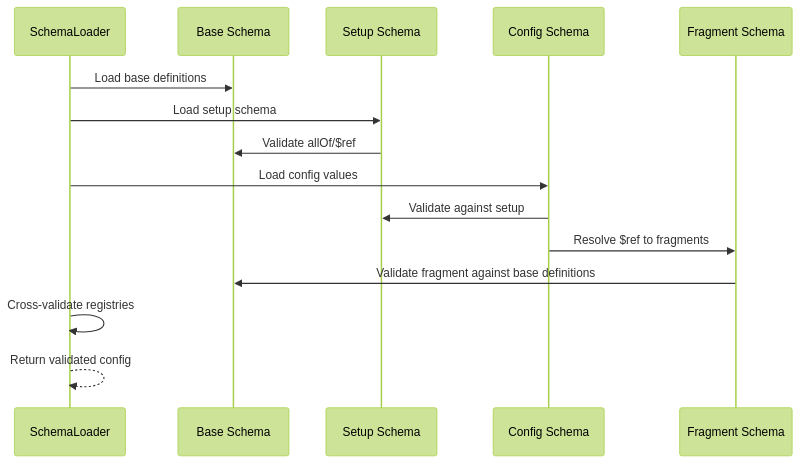
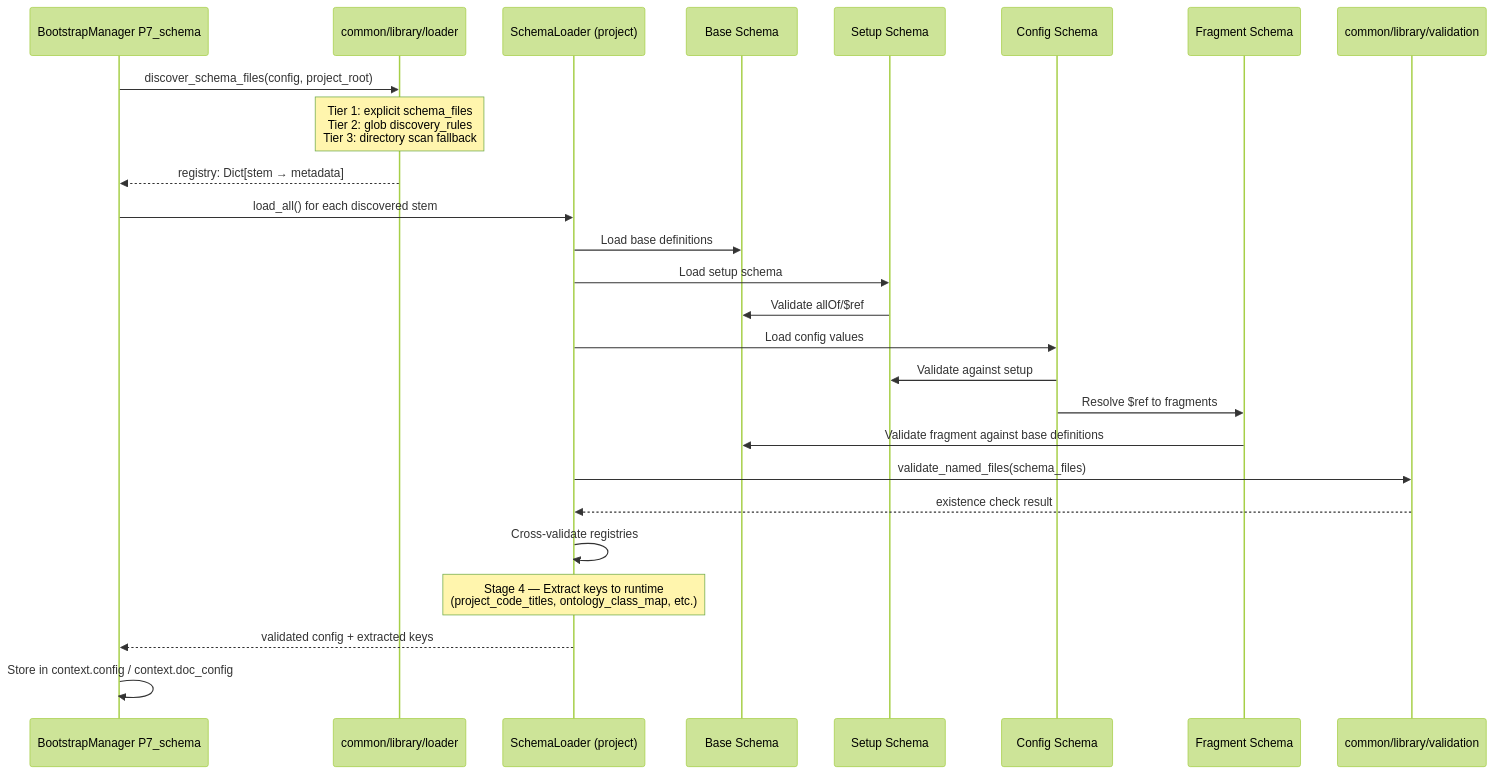
The second of 2 diagrams in eks/workplan/appendix_e_schema_design.md (chinwarsoon/Engineering-and-Design), drawn with Mermaid (forest theme) before and after one commit. The commit also changed other lines of this file and 35 other files, not shown here.

````diff
--- a/eks/workplan/appendix_e_schema_design.md
+++ b/eks/workplan/appendix_e_schema_design.md
@@ -447,18 +450,33 @@
 ```mermaid
 sequenceDiagram
-    participant SL as SchemaLoader
+    participant BM as BootstrapManager P7_schema
+    participant CD as common/library/loader
+    participant SL as SchemaLoader (project)
     participant BS as Base Schema
     participant SS as Setup Schema
     participant CS as Config Schema
     participant FS as Fragment Schema
+    participant VM as common/library/validation
 
+    BM->>CD: discover_schema_files(config, project_root)
+    Note over CD: Tier 1: explicit schema_files<br/>Tier 2: glob discovery_rules<br/>Tier 3: directory scan fallback
+    CD-->>BM: registry: Dict[stem → metadata]
+
+    BM->>SL: load_all() for each discovered stem
     SL->>BS: Load base definitions
     SL->>SS: Load setup schema
     SS->>BS: Validate allOf/$ref
     SL->>CS: Load config values
     CS->>SS: Validate against setup
     CS->>FS: Resolve $ref to fragments
     FS->>BS: Validate fragment against base definitions
+
+    SL->>VM: validate_named_files(schema_files)
+    VM-->>SL: existence check result
+
     SL->>SL: Cross-validate registries
-    SL-->>SL: Return validated config
+    Note over SL: Stage 4 — Extract keys to runtime<br/>(project_code_titles, ontology_class_map, etc.)
+
+    SL-->>BM: validated config + extracted keys
+    BM->>BM: Store in context.config / context.doc_config
 ```
````
